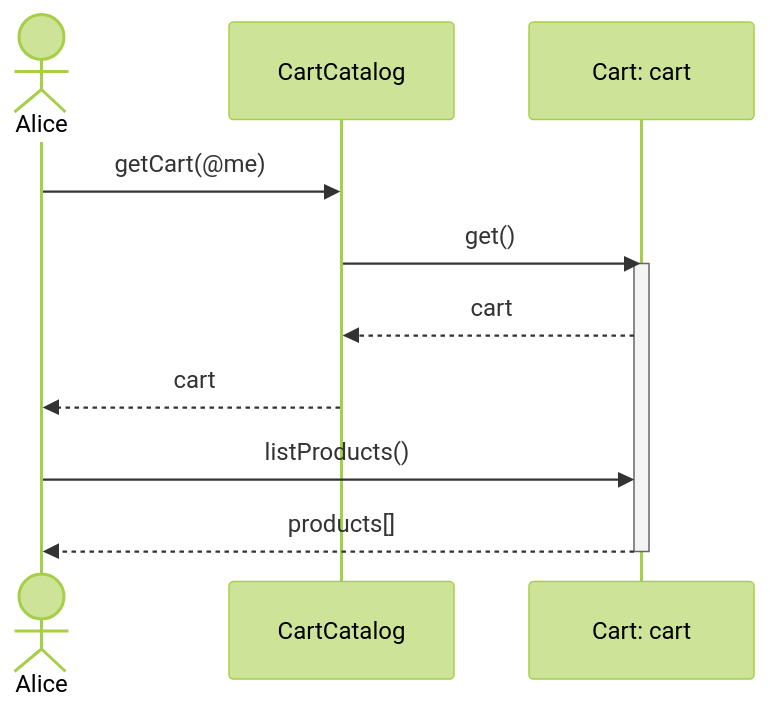
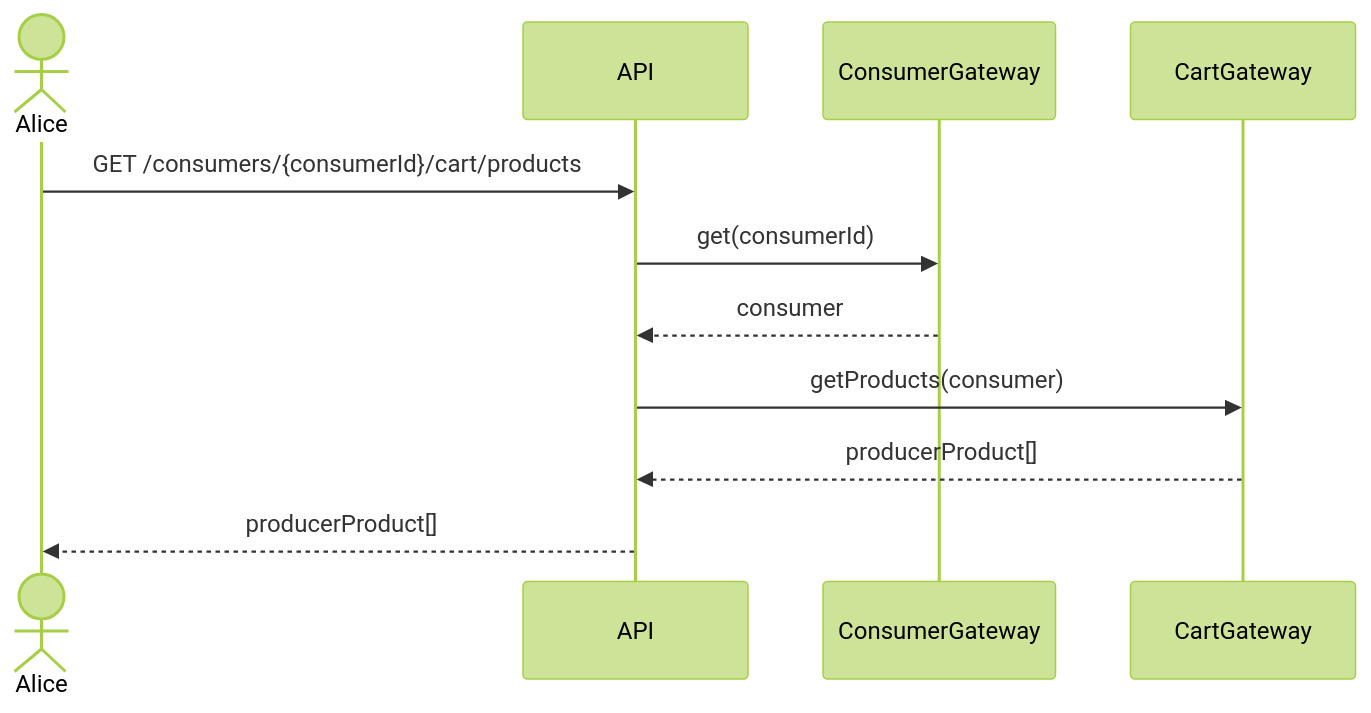
One commit to hivetown/planning changed the fifth of 32 diagrams in sequence.md. Above: the diagram before and after it, drawn with Mermaid (forest theme). The commit also changed other lines of this file, not shown here.

````diff
--- a/sequence.md
+++ b/sequence.md
@@ -112,15 +144,14 @@
 ```mermaid
 sequenceDiagram
     actor A as Alice
-    participant CC as CartCatalog
-    participant C as Cart: cart
+    participant API
+    participant CG as ConsumerGateway
+    participant CaG as CartGateway
 
-    A ->> CC: getCart(@me)
-    CC ->> C: get()
-    activate C
-    C -->> CC: cart
-    CC -->> A: cart
-    A ->> C: listProducts()
-    C -->> A: products[]
-    deactivate C
+    A ->> API: GET /consumers/{consumerId}/cart/products
+    API ->> CG: get(consumerId)
+    CG -->> API: consumer
+    API ->> CaG: getProducts(consumer)
+    CaG -->> API: producerProduct[]
+    API -->> A: producerProduct[]
 ```
````
